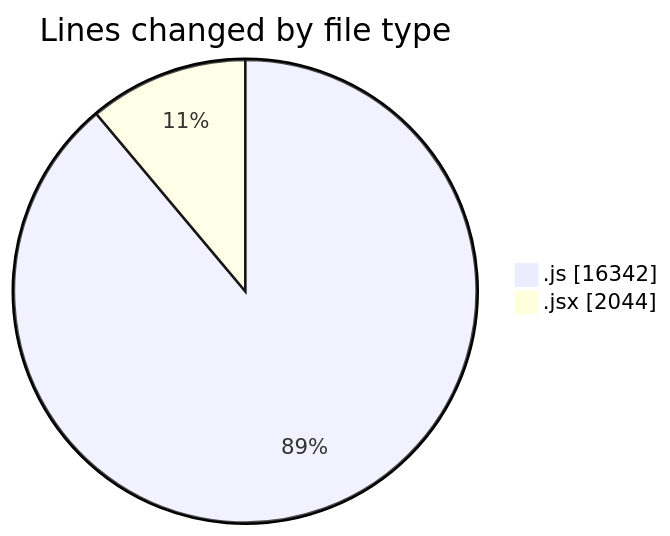
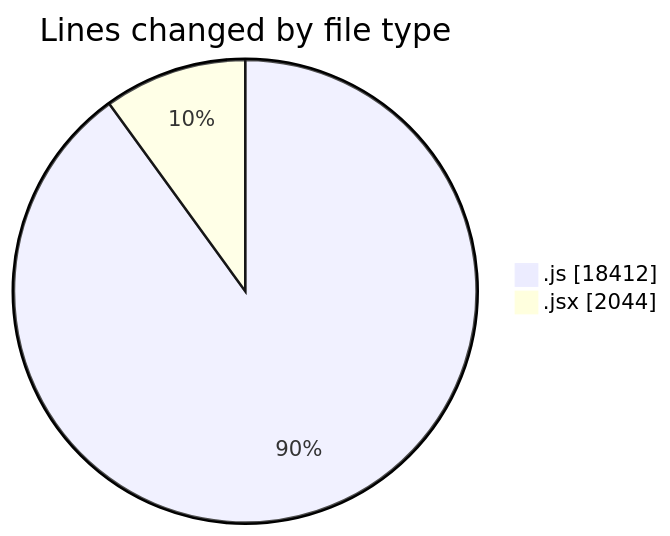
The first of 2 diagrams in 2025-10-01/nxtqube_webapp/README.md (nxtqubesakshisongat/code-tracking), drawn with Mermaid before and after one commit. The commit also changed other lines of this file and 1 other file, not shown here.

````diff
--- a/2025-10-01/nxtqube_webapp/README.md
+++ b/2025-10-01/nxtqube_webapp/README.md
@@ -22,6 +22,6 @@
 ```mermaid
 pie showData
 title Lines changed by file type
-".js" : 16342
+".js" : 18412
 ".jsx" : 2044
 ```
````
